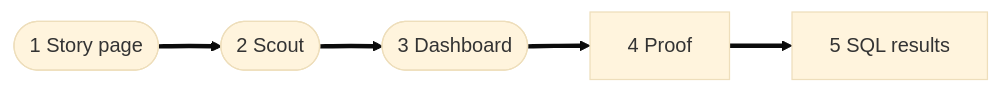
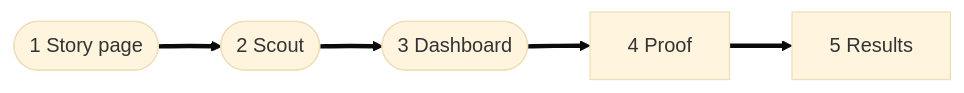
Before and after one commit to harshbhx/ratchet: the first of 2 diagrams in docs-site/src/content/docs/guides/for-judges.mdx, drawn with Mermaid (base theme). The commit also changed other lines of this file and 79 other files, not shown here.

````diff
--- a/docs-site/src/content/docs/guides/for-judges.mdx
+++ b/docs-site/src/content/docs/guides/for-judges.mdx
@@ -34,7 +34,7 @@
 ```mermaid
 flowchart LR
   S1(["1 Story page"]) ==> S2(["2 Scout"])
   S2 ==> S3(["3 Dashboard"])
   S3 ==> S4["4 Proof"]
-  S4 ==> S5["5 SQL results"]
+  S4 ==> S5["5 Results"]
 ```
````
